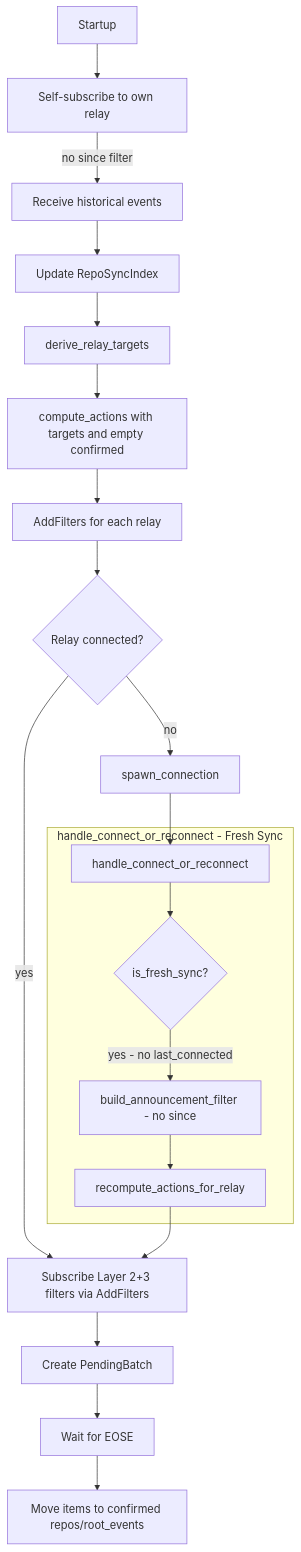
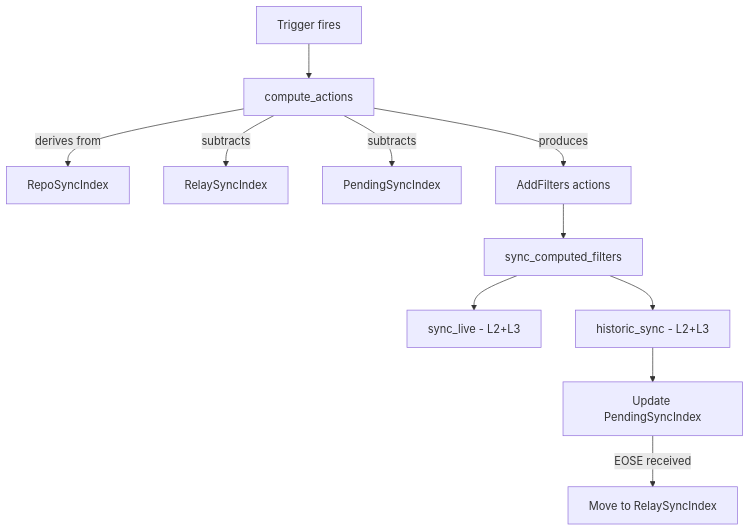
One commit to Pleb5/ngit-grasp changed the second of 9 diagrams in docs/explanation/grasp-02-proactive-sync.md. Above: the diagram before and after it, drawn with Mermaid. The commit also changed other lines of this file and 3 other files, not shown here.

````diff
--- a/docs/explanation/grasp-02-proactive-sync.md
+++ b/docs/explanation/grasp-02-proactive-sync.md
@@ -152,24 +193,13 @@
 ```mermaid
 flowchart TB
-    START[Startup] --> SS[Self-subscribe to own relay]
-    SS --> |no since filter| EVENTS[Receive historical events]
-    EVENTS --> RSI[Update RepoSyncIndex]
-    RSI --> DT[derive_relay_targets]
-    DT --> CA[compute_actions with targets and empty confirmed]
-    CA --> AF[AddFilters for each relay]
-    AF --> SPAWN{Relay connected?}
-    SPAWN --> |no| CONN[spawn_connection]
-    CONN --> HC[handle_connect_or_reconnect]
-    SPAWN --> |yes| SUB
-
-    subgraph handle_connect_or_reconnect - Fresh Sync
-        HC --> CHECK_FRESH{is_fresh_sync?}
-        CHECK_FRESH --> |yes - no last_connected| L1[build_announcement_filter - no since]
-        L1 --> RCA[recompute_actions_for_relay]
-    end
-
-    RCA --> SUB[Subscribe Layer 2+3 filters via AddFilters]
-    SUB --> PB[Create PendingBatch]
-    PB --> EOSE[Wait for EOSE]
-    EOSE --> CONFIRM[Move items to confirmed repos/root_events]
+    TRIGGER[Trigger fires] --> CA[compute_actions]
+    CA --> |derives from| RSI[RepoSyncIndex]
+    CA --> |subtracts| RLI[RelaySyncIndex]
+    CA --> |subtracts| PSI[PendingSyncIndex]
+    CA --> |produces| AF[AddFilters actions]
+    AF --> SFRE[sync_computed_filters]
+    SFRE --> LIVE[sync_live - L2+L3]
+    SFRE --> HIST[historic_sync - L2+L3]
+    HIST --> PSI_UPDATE[Update PendingSyncIndex]
+    PSI_UPDATE --> |EOSE received| CONFIRM[Move to RelaySyncIndex]
 ```
````
